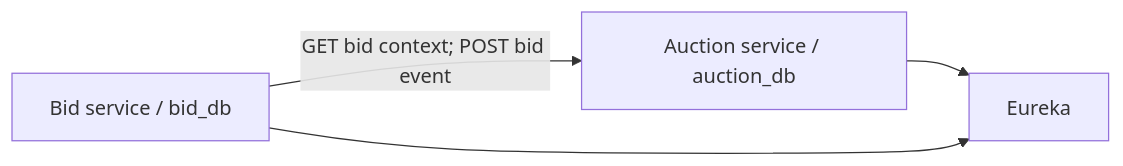
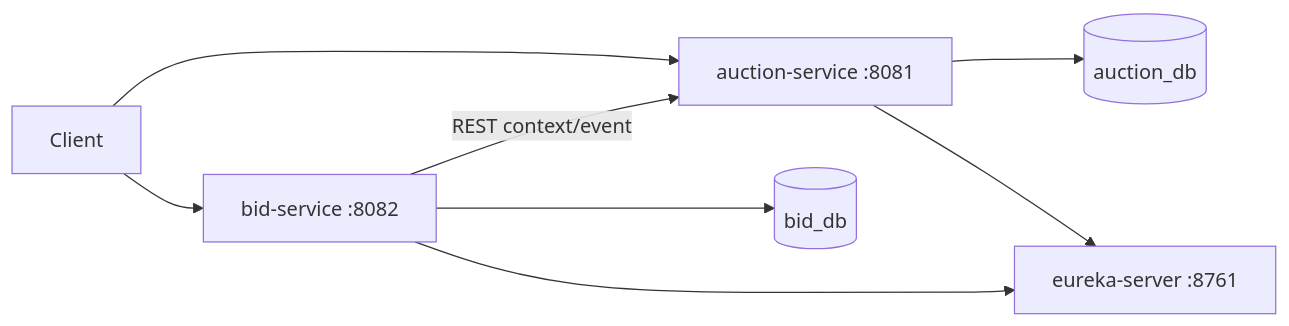
The first of 3 diagrams in ARCHITECTURE.md (GitWithMithunS/rfq-auction-assessment), drawn with Mermaid before and after one commit. The commit also changed other lines of this file and 45 other files, not shown here.

````diff
--- a/ARCHITECTURE.md
+++ b/ARCHITECTURE.md
@@ -3,6 +3,10 @@
 ```mermaid
 flowchart LR
-  B[Bid service / bid_db] -->|GET bid context; POST bid event| A[Auction service / auction_db]
-  A --> E[Eureka]
+  Client --> A[auction-service :8081]
+  Client --> B[bid-service :8082]
+  A --> ADB[(auction_db)]
+  B --> BDB[(bid_db)]
+  A --> E[eureka-server :8761]
   B --> E
+  B -->|REST context/event| A
 ```
````
